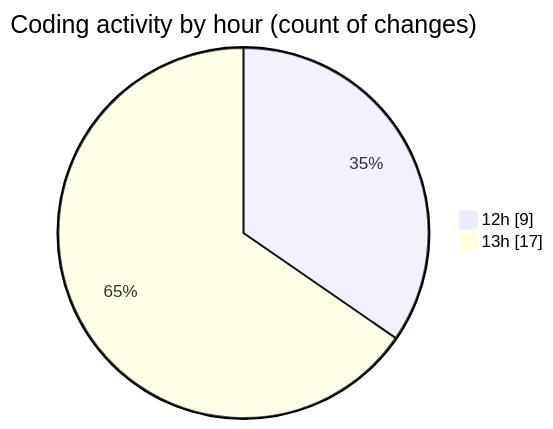
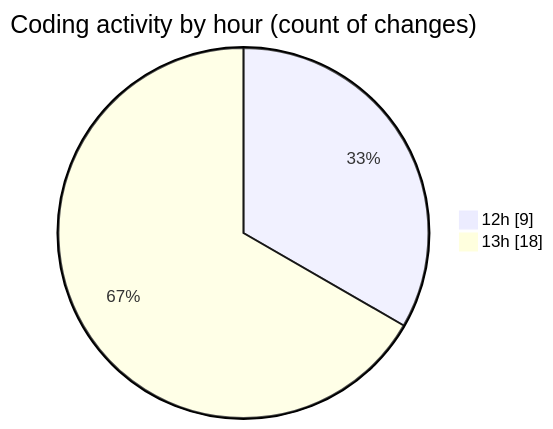
The second of 2 diagrams in 2026-10-25/taskforge/README.md (hasnaa123/code-tracking), drawn with Mermaid before and after one commit. The commit also changed other lines of this file and 1 other file, not shown here.

````diff
--- a/2026-10-25/taskforge/README.md
+++ b/2026-10-25/taskforge/README.md
@@ -29,6 +29,6 @@
 ```mermaid
 pie showData
 title Coding activity by hour (count of changes)
 "12h" : 9
-"13h" : 17
+"13h" : 18
 ```
````
